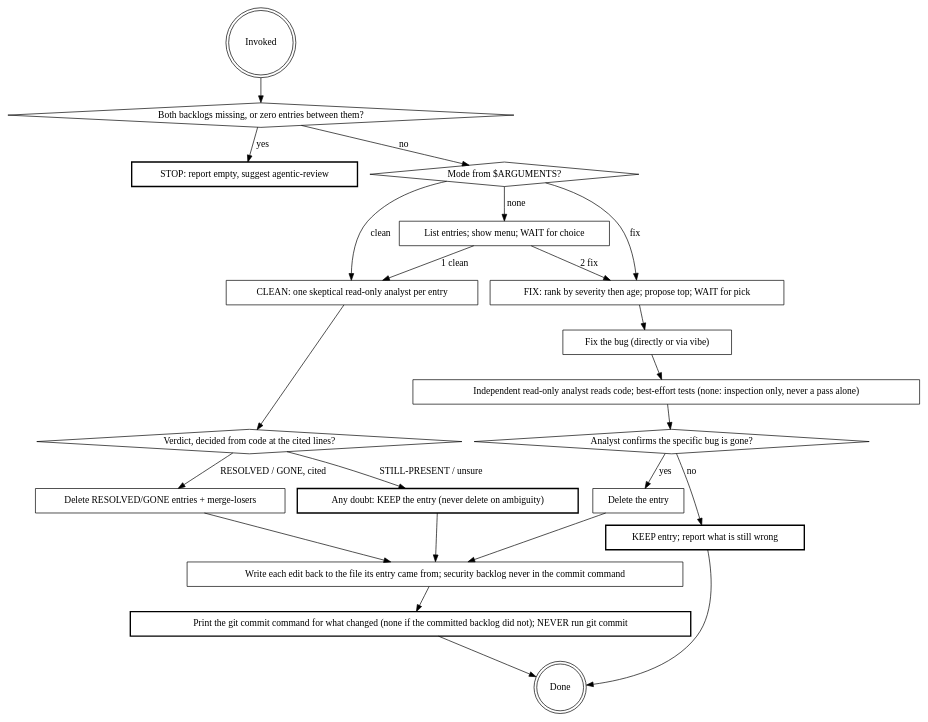
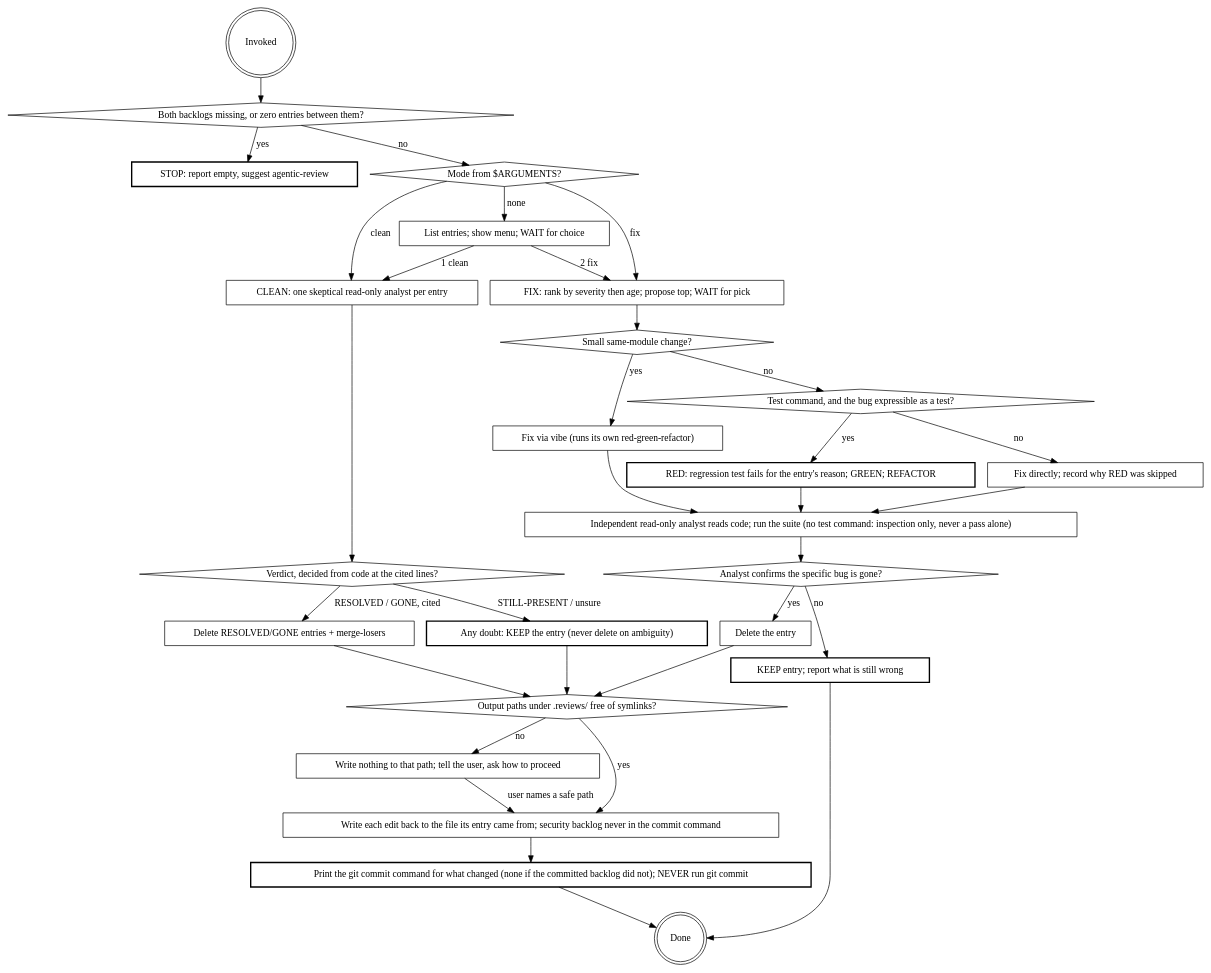
Before and after one commit to Ovid/paad: the diagram in kiro_and_antigravity/skills/.kiro/skills/backlog/SKILL.md, drawn with Graphviz. The commit also changed other lines of this file and 51 other files, not shown here.

````diff
--- a/kiro_and_antigravity/skills/.kiro/skills/backlog/SKILL.md
+++ b/kiro_and_antigravity/skills/.kiro/skills/backlog/SKILL.md
@@ -23,50 +25,65 @@
 ```dot
 digraph backlog {
   "Invoked" [shape=doublecircle];
   "Both backlogs missing, or zero entries between them?" [shape=diamond];
   "STOP: report empty, suggest agentic-review" [shape=box, style=bold];
   "Mode from $ARGUMENTS?" [shape=diamond];
   "List entries; show menu; WAIT for choice" [shape=box];
 
   "CLEAN: one skeptical read-only analyst per entry" [shape=box];
   "Verdict, decided from code at the cited lines?" [shape=diamond];
   "Any doubt: KEEP the entry (never delete on ambiguity)" [shape=box, style=bold];
   "Delete RESOLVED/GONE entries + merge-losers" [shape=box];
 
   "FIX: rank by severity then age; propose top; WAIT for pick" [shape=box];
-  "Fix the bug (directly or via vibe)" [shape=box];
-  "Independent read-only analyst reads code; best-effort tests (none: inspection only, never a pass alone)" [shape=box];
+  "Small same-module change?" [shape=diamond];
+  "Fix via vibe (runs its own red-green-refactor)" [shape=box];
+  "Test command, and the bug expressible as a test?" [shape=diamond];
+  "RED: regression test fails for the entry's reason; GREEN; REFACTOR" [shape=box, style=bold];
+  "Fix directly; record why RED was skipped" [shape=box];
+  "Independent read-only analyst reads code; run the suite (no test command: inspection only, never a pass alone)" [shape=box];
   "Analyst confirms the specific bug is gone?" [shape=diamond];
   "KEEP entry; report what is still wrong" [shape=box, style=bold];
   "Delete the entry" [shape=box];
 
+  "Output paths under .reviews/ free of symlinks?" [shape=diamond];
+  "Write nothing to that path; tell the user, ask how to proceed" [shape=box];
   "Write each edit back to the file its entry came from; security backlog never in the commit command" [shape=box];
   "Print the git commit command for what changed (none if the committed backlog did not); NEVER run git commit" [shape=box, style=bold];
   "Done" [shape=doublecircle];
 
   "Invoked" -> "Both backlogs missing, or zero entries between them?";
   "Both backlogs missing, or zero entries between them?" -> "STOP: report empty, suggest agentic-review" [label="yes"];
   "Both backlogs missing, or zero entries between them?" -> "Mode from $ARGUMENTS?" [label="no"];
   "Mode from $ARGUMENTS?" -> "List entries; show menu; WAIT for choice" [label="none"];
   "Mode from $ARGUMENTS?" -> "CLEAN: one skeptical read-only analyst per entry" [label="clean"];
   "Mode from $ARGUMENTS?" -> "FIX: rank by severity then age; propose top; WAIT for pick" [label="fix"];
   "List entries; show menu; WAIT for choice" -> "CLEAN: one skeptical read-only analyst per entry" [label="1 clean"];
   "List entries; show menu; WAIT for choice" -> "FIX: rank by severity then age; propose top; WAIT for pick" [label="2 fix"];
 
   "CLEAN: one skeptical read-only analyst per entry" -> "Verdict, decided from code at the cited lines?";
   "Verdict, decided from code at the cited lines?" -> "Any doubt: KEEP the entry (never delete on ambiguity)" [label="STILL-PRESENT / unsure"];
   "Verdict, decided from code at the cited lines?" -> "Delete RESOLVED/GONE entries + merge-losers" [label="RESOLVED / GONE, cited"];
-  "Any doubt: KEEP the entry (never delete on ambiguity)" -> "Write each edit back to the file its entry came from; security backlog never in the commit command";
-  "Delete RESOLVED/GONE entries + merge-losers" -> "Write each edit back to the file its entry came from; security backlog never in the commit command";
+  "Any doubt: KEEP the entry (never delete on ambiguity)" -> "Output paths under .reviews/ free of symlinks?";
+  "Delete RESOLVED/GONE entries + merge-losers" -> "Output paths under .reviews/ free of symlinks?";
 
-  "FIX: rank by severity then age; propose top; WAIT for pick" -> "Fix the bug (directly or via vibe)";
-  "Fix the bug (directly or via vibe)" -> "Independent read-only analyst reads code; best-effort tests (none: inspection only, never a pass alone)";
-  "Independent read-only analyst reads code; best-effort tests (none: inspection only, never a pass alone)" -> "Analyst confirms the specific bug is gone?";
+  "FIX: rank by severity then age; propose top; WAIT for pick" -> "Small same-module change?";
+  "Small same-module change?" -> "Fix via vibe (runs its own red-green-refactor)" [label="yes"];
+  "Small same-module change?" -> "Test command, and the bug expressible as a test?" [label="no"];
+  "Test command, and the bug expressible as a test?" -> "RED: regression test fails for the entry's reason; GREEN; REFACTOR" [label="yes"];
+  "Test command, and the bug expressible as a test?" -> "Fix directly; record why RED was skipped" [label="no"];
+  "Fix via vibe (runs its own red-green-refactor)" -> "Independent read-only analyst reads code; run the suite (no test command: inspection only, never a pass alone)";
+  "RED: regression test fails for the entry's reason; GREEN; REFACTOR" -> "Independent read-only analyst reads code; run the suite (no test command: inspection only, never a pass alone)";
+  "Fix directly; record why RED was skipped" -> "Independent read-only analyst reads code; run the suite (no test command: inspection only, never a pass alone)";
+  "Independent read-only analyst reads code; run the suite (no test command: inspection only, never a pass alone)" -> "Analyst confirms the specific bug is gone?";
   "Analyst confirms the specific bug is gone?" -> "Delete the entry" [label="yes"];
   "Analyst confirms the specific bug is gone?" -> "KEEP entry; report what is still wrong" [label="no"];
-  "Delete the entry" -> "Write each edit back to the file its entry came from; security backlog never in the commit command";
+  "Delete the entry" -> "Output paths under .reviews/ free of symlinks?";
   "KEEP entry; report what is still wrong" -> "Done";
   "Write each edit back to the file its entry came from; security backlog never in the commit command" -> "Print the git commit command for what changed (none if the committed backlog did not); NEVER run git commit";
   "Print the git commit command for what changed (none if the committed backlog did not); NEVER run git commit" -> "Done";
+  "Output paths under .reviews/ free of symlinks?" -> "Write each edit back to the file its entry came from; security backlog never in the commit command" [label="yes"];
+  "Output paths under .reviews/ free of symlinks?" -> "Write nothing to that path; tell the user, ask how to proceed" [label="no"];
+  "Write nothing to that path; tell the user, ask how to proceed" -> "Write each edit back to the file its entry came from; security backlog never in the commit command" [label="user names a safe path"];
 }
 ```
````
